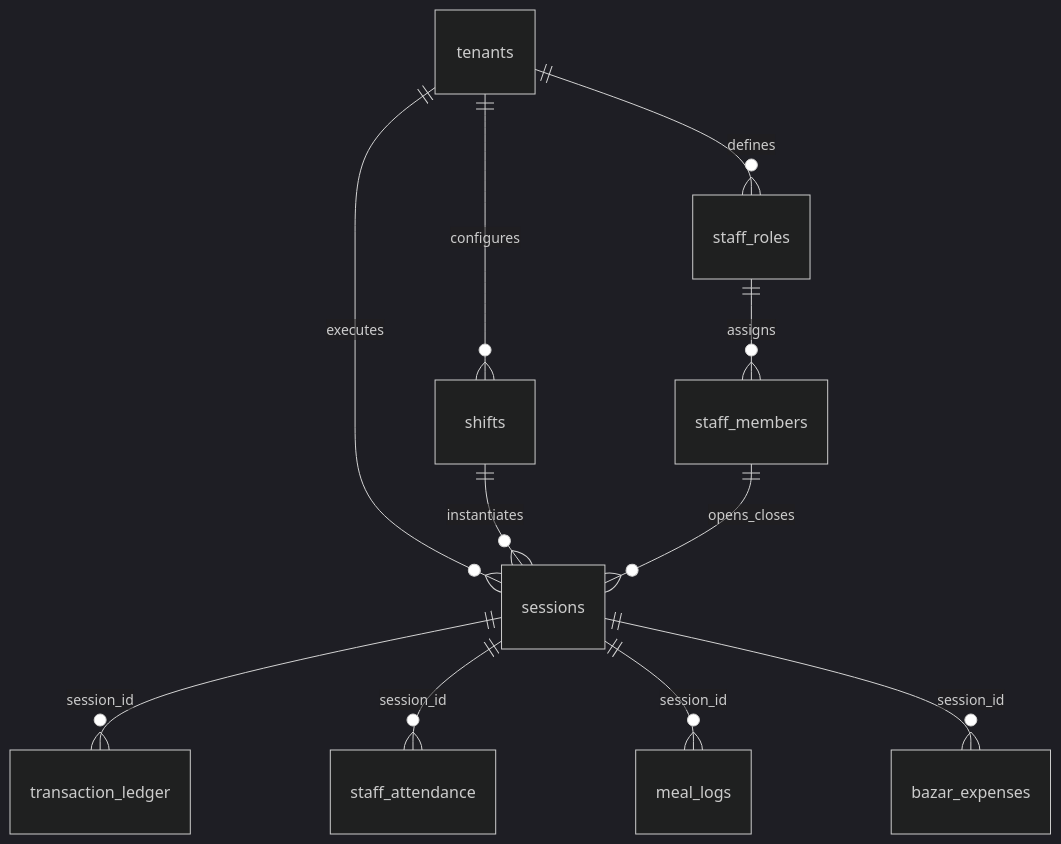
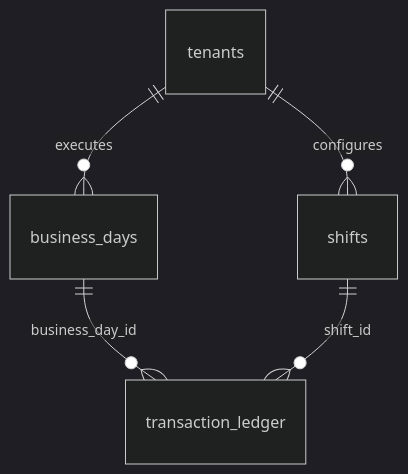
One commit to marceldavidbaroi/Smart-Hisab changed the diagram in docs/operational_shifts_sessions.md. Above: the diagram before and after it, drawn with Mermaid (dark theme). The commit also changed other lines of this file and 82 other files, not shown here.

````diff
--- a/docs/operational_shifts_sessions.md
+++ b/docs/operational_shifts_sessions.md
@@ -154,14 +49,7 @@
 ```mermaid
 erDiagram
     tenants ||--o{ shifts : configures
-    tenants ||--o{ sessions : executes
-    tenants ||--o{ staff_roles : defines
-    shifts ||--o{ sessions : instantiates
-    staff_roles ||--o{ staff_members : assigns
-    staff_members ||--o{ sessions : opens_closes
-
-    sessions ||--o{ transaction_ledger : session_id
-    sessions ||--o{ staff_attendance : session_id
-    sessions ||--o{ meal_logs : session_id
-    sessions ||--o{ bazar_expenses : session_id
+    tenants ||--o{ business_days : executes
+    business_days ||--o{ transaction_ledger : business_day_id
+    shifts ||--o{ transaction_ledger : shift_id
 ```
````
